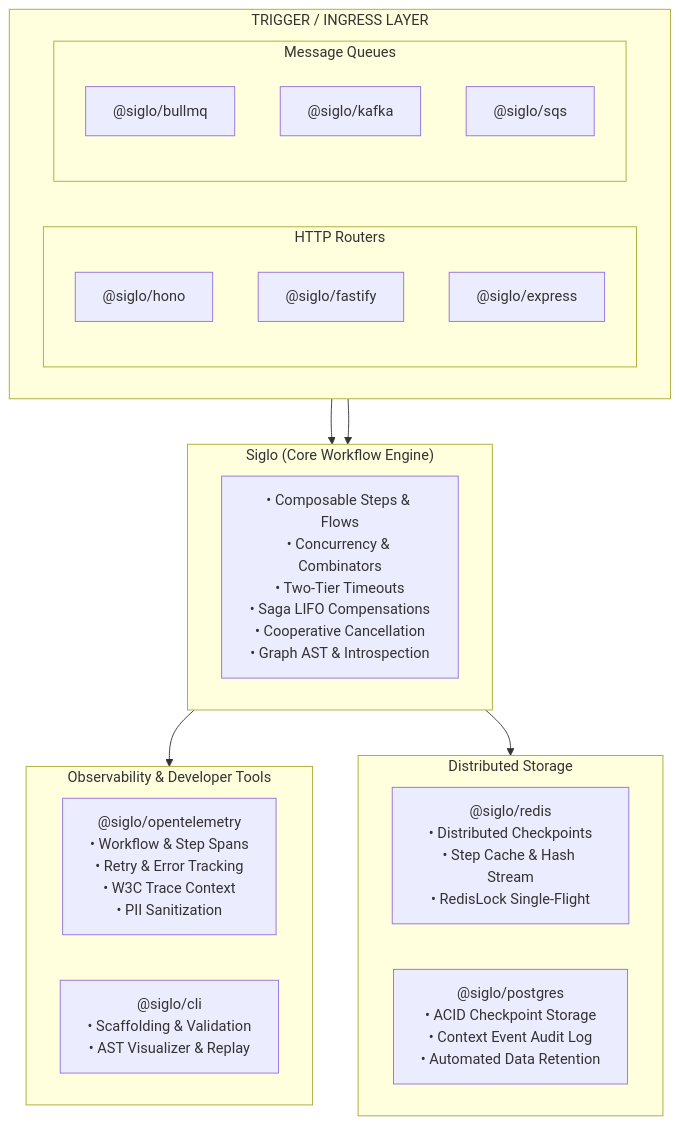
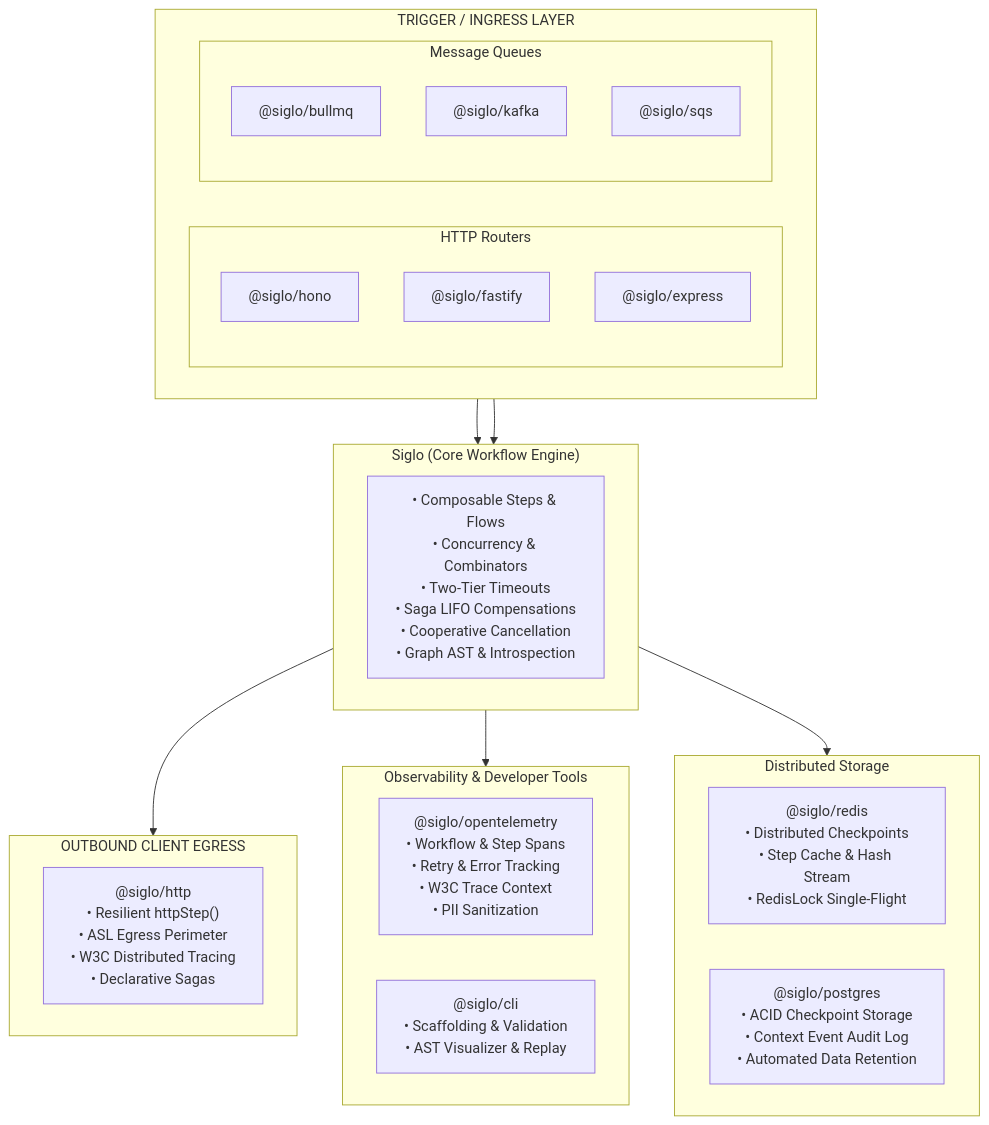
One commit to jsoftgem/siglo changed the diagram in docs/ecosystem-adapters.md. Above: the diagram before and after it, drawn with Mermaid. The commit also changed other lines of this file and 1 other file, not shown here.

Commit message:
docs(adapters): add @siglo/http adapter guide and update ecosystem directory

````diff
--- a/docs/ecosystem-adapters.md
+++ b/docs/ecosystem-adapters.md
@@ -30,35 +31,40 @@
 ```mermaid
 flowchart TD
     subgraph INGRESS["TRIGGER / INGRESS LAYER"]
         direction LR
         subgraph HTTP["HTTP Routers"]
             Hono["@siglo/hono"]
             Fastify["@siglo/fastify"]
             Express["@siglo/express"]
         end
         subgraph QUEUES["Message Queues"]
             BullMQ["@siglo/bullmq"]
             Kafka["@siglo/kafka"]
             SQS["@siglo/sqs"]
         end
     end
 
     subgraph ENGINE["Siglo (Core Workflow Engine)"]
         Core["• Composable Steps & Flows<br/>• Concurrency & Combinators<br/>• Two-Tier Timeouts<br/>• Saga LIFO Compensations<br/>• Cooperative Cancellation<br/>• Graph AST & Introspection"]
     end
 
+    subgraph EGRESS["OUTBOUND CLIENT EGRESS"]
+        HttpClient["@siglo/http<br/>• Resilient httpStep()<br/>• ASL Egress Perimeter<br/>• W3C Distributed Tracing<br/>• Declarative Sagas"]
+    end
+
     subgraph OBS["Observability & Developer Tools"]
         OTel["@siglo/opentelemetry<br/>• Workflow & Step Spans<br/>• Retry & Error Tracking<br/>• W3C Trace Context<br/>• PII Sanitization"]
         CLI["@siglo/cli<br/>• Scaffolding & Validation<br/>• AST Visualizer & Replay"]
     end
 
     subgraph STORAGE["Distributed Storage"]
         Redis["@siglo/redis<br/>• Distributed Checkpoints<br/>• Step Cache & Hash Stream<br/>• RedisLock Single-Flight"]
         Postgres["@siglo/postgres<br/>• ACID Checkpoint Storage<br/>• Context Event Audit Log<br/>• Automated Data Retention"]
     end
 
     HTTP --> ENGINE
     QUEUES --> ENGINE
+    ENGINE --> EGRESS
     ENGINE --> OBS
     ENGINE --> STORAGE
 ```
````
